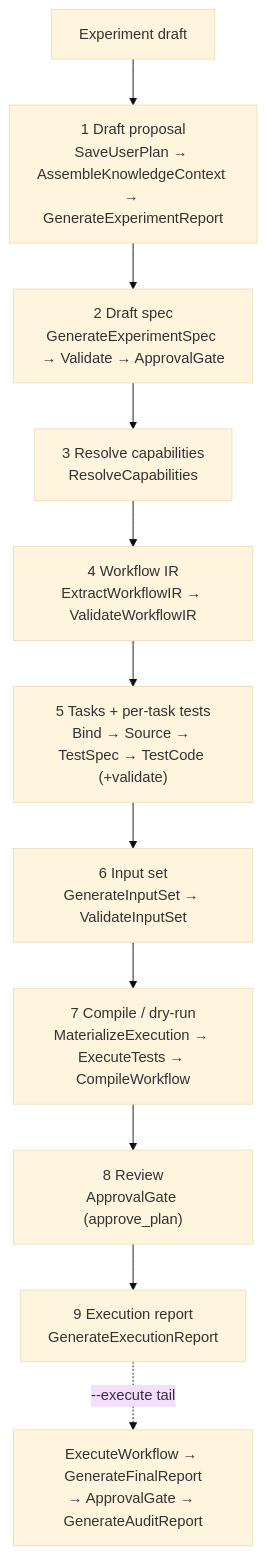
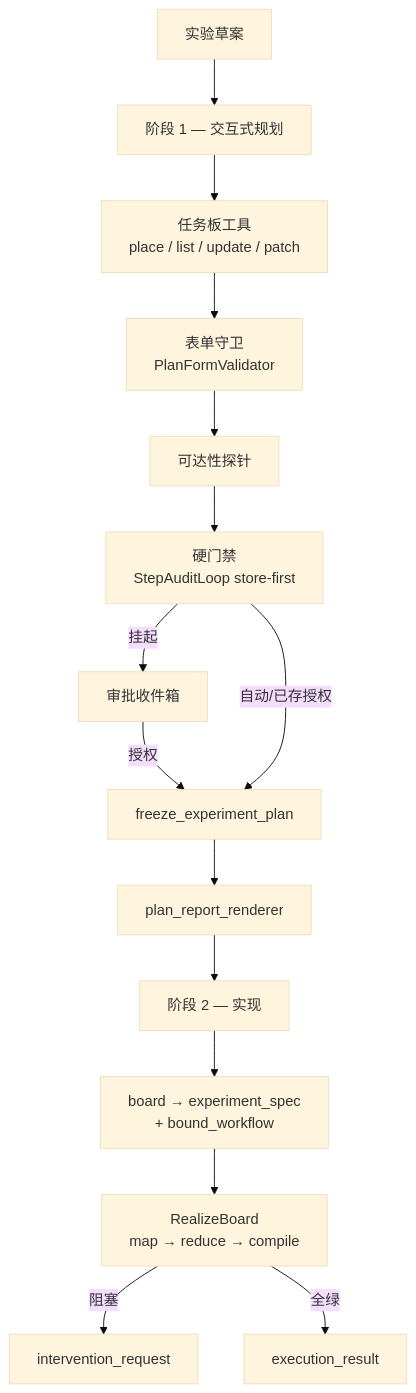
The diagram in docs/en/architecture/plan-mode.md (Roy-Kid/molexp), drawn with Mermaid (base theme) before and after one commit. The commit also changed other lines of this file and 14 other files, not shown here.

First line of the commit message:
docs: sync plan pipeline naming, add plan-doc contract test

````diff
--- a/docs/en/architecture/plan-mode.md
+++ b/docs/en/architecture/plan-mode.md
@@ -37,13 +17,17 @@
 ```mermaid
 flowchart TD
-    A["Experiment draft"] --> S1["1 Draft proposal<br/>SaveUserPlan → AssembleKnowledgeContext → GenerateExperimentReport"]
-    S1 --> S2["2 Draft spec<br/>GenerateExperimentSpec → Validate → ApprovalGate"]
-    S2 --> S3["3 Resolve capabilities<br/>ResolveCapabilities"]
-    S3 --> S4["4 Workflow IR<br/>ExtractWorkflowIR → ValidateWorkflowIR"]
-    S4 --> S5["5 Tasks + per-task tests<br/>Bind → Source → TestSpec → TestCode (+validate)"]
-    S5 --> S6["6 Input set<br/>GenerateInputSet → ValidateInputSet"]
-    S6 --> S7["7 Compile / dry-run<br/>MaterializeExecution → ExecuteTests → CompileWorkflow"]
-    S7 --> S8["8 Review<br/>ApprovalGate (approve_plan)"]
-    S8 --> S9["9 Execution report<br/>GenerateExecutionReport"]
-    S9 -.->|--execute tail| R["ExecuteWorkflow → GenerateFinalReport<br/>→ ApprovalGate → GenerateAuditReport"]
+    D["实验草案"] --> P1["阶段 1 — 交互式规划"]
+    P1 --> B["任务板工具<br/>place / list / update / patch"]
+    B --> G["表单守卫<br/>PlanFormValidator"]
+    G --> Pr["可达性探针"]
+    Pr --> R["硬门禁<br/>StepAuditLoop store-first"]
+    R -->|挂起| A["审批收件箱"]
+    A -->|授权| F["freeze_experiment_plan"]
+    R -->|自动/已存授权| F
+    F --> Rep["plan_report_renderer"]
+    Rep --> P2["阶段 2 — 实现"]
+    P2 --> M["board → experiment_spec<br/>+ bound_workflow"]
+    M --> Z["RealizeBoard<br/>map → reduce → compile"]
+    Z -->|阻塞| I["intervention_request"]
+    Z -->|全绿| E["execution_result"]
 ```
````
